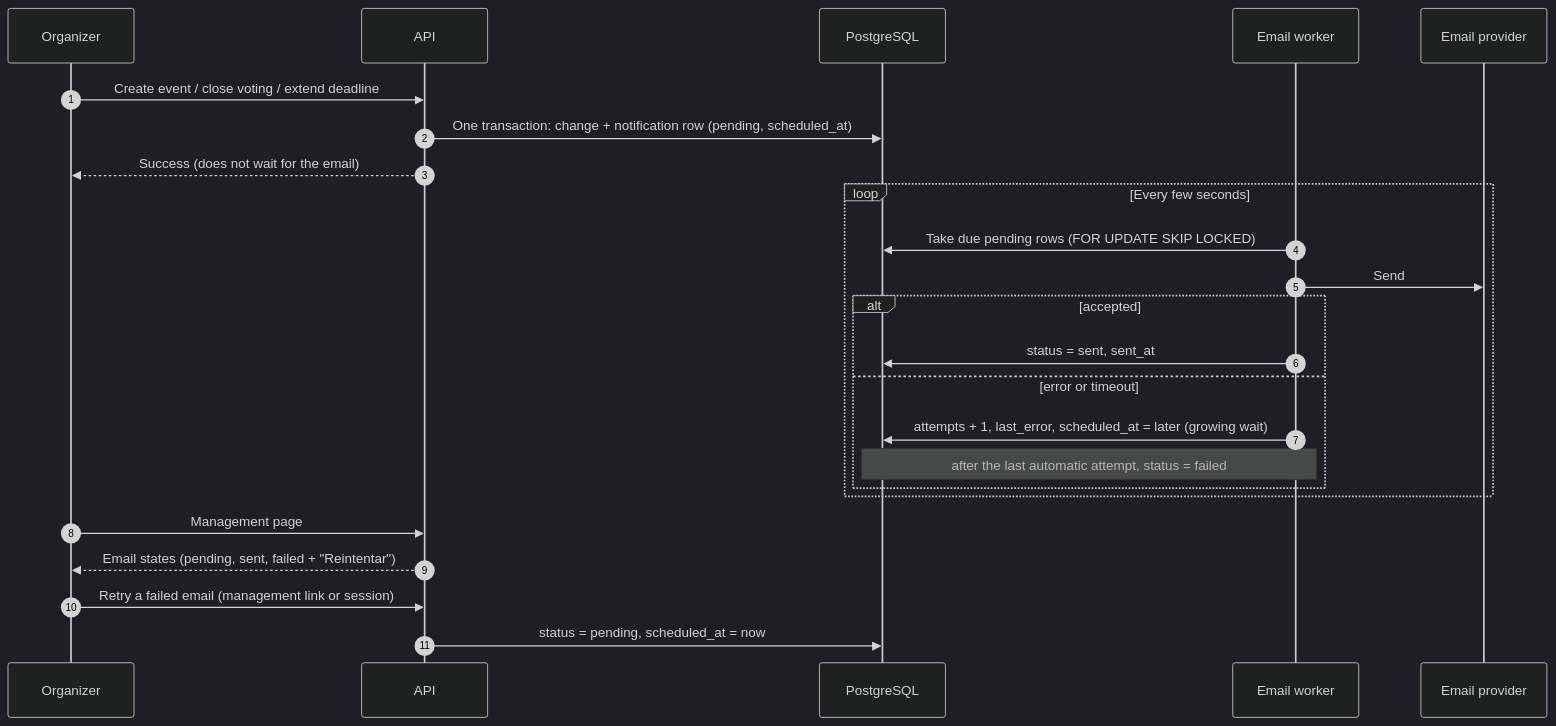
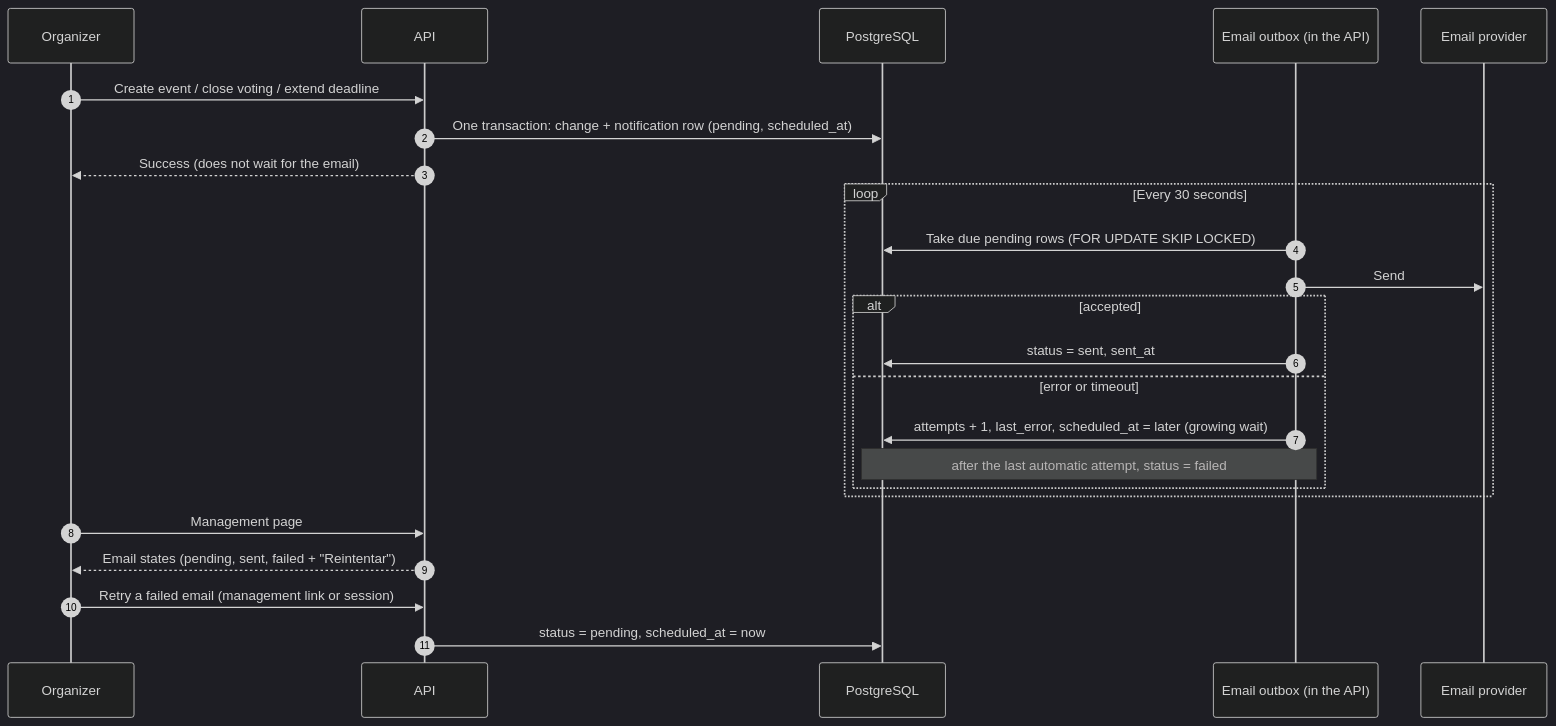
Before and after one commit to pietrodags/qando-app: the fourth of 4 diagrams in docs/diagrams.md, drawn with Mermaid (dark theme). The commit also changed other lines of this file and 19 other files, not shown here.

Commit message:
feat(api): the summary email queued when an event is created, and the outbox started by the API (#311)

````diff
--- a/docs/diagrams.md
+++ b/docs/diagrams.md
@@ -200,27 +200,27 @@
 ```mermaid
 sequenceDiagram
   autonumber
   participant O as Organizer
   participant API
   participant DB as PostgreSQL
-  participant W as Email worker
+  participant W as Email outbox (in the API)
   participant SMTP as Email provider
 
   O->>API: Create event / close voting / extend deadline
   API->>DB: One transaction: change + notification row (pending, scheduled_at)
   API-->>O: Success (does not wait for the email)
-  loop Every few seconds
+  loop Every 30 seconds
     W->>DB: Take due pending rows (FOR UPDATE SKIP LOCKED)
     W->>SMTP: Send
     alt accepted
       W->>DB: status = sent, sent_at
     else error or timeout
       W->>DB: attempts + 1, last_error, scheduled_at = later (growing wait)
       Note over W,DB: after the last automatic attempt, status = failed
     end
   end
   O->>API: Management page
   API-->>O: Email states (pending, sent, failed + "Reintentar")
   O->>API: Retry a failed email (management link or session)
   API->>DB: status = pending, scheduled_at = now
 ```
````
